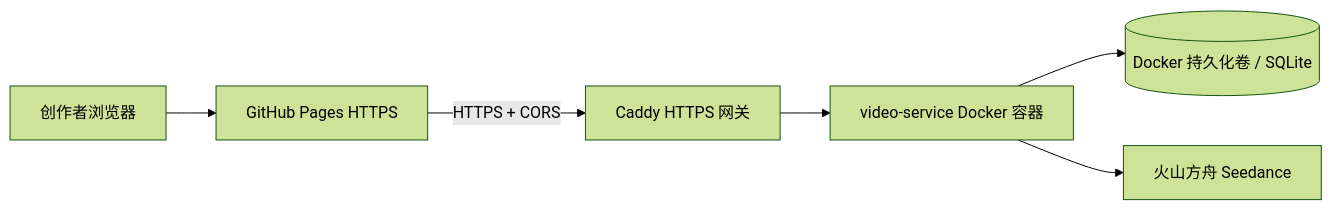
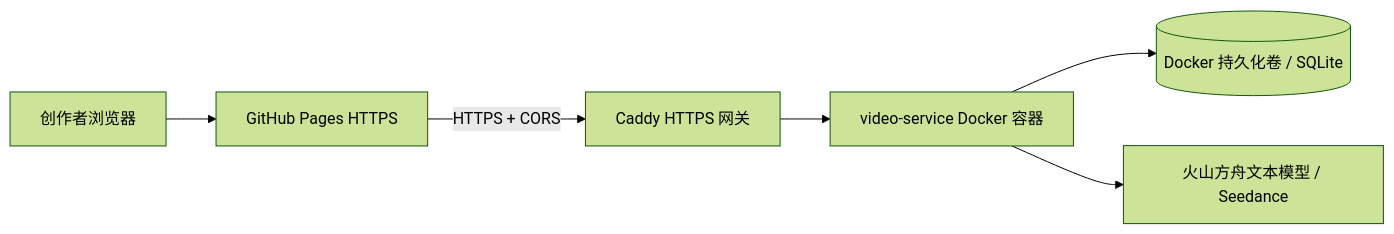
Before and after one commit to Zeng-JM123/yingjie-ai-drama-studio: the diagram in docs/火山引擎生产部署.md, drawn with Mermaid (forest theme). The commit also changed other lines of this file and 13 other files, not shown here.

````diff
--- a/docs/火山引擎生产部署.md
+++ b/docs/火山引擎生产部署.md
@@ -5,8 +5,8 @@
 ```mermaid
 flowchart LR
   U[创作者浏览器] --> P[GitHub Pages HTTPS]
   P -->|HTTPS + CORS| C[Caddy HTTPS 网关]
   C --> G[video-service Docker 容器]
   G --> D[(Docker 持久化卷 / SQLite)]
-  G --> A[火山方舟 Seedance]
+  G --> A[火山方舟文本模型 / Seedance]
 ```
````
